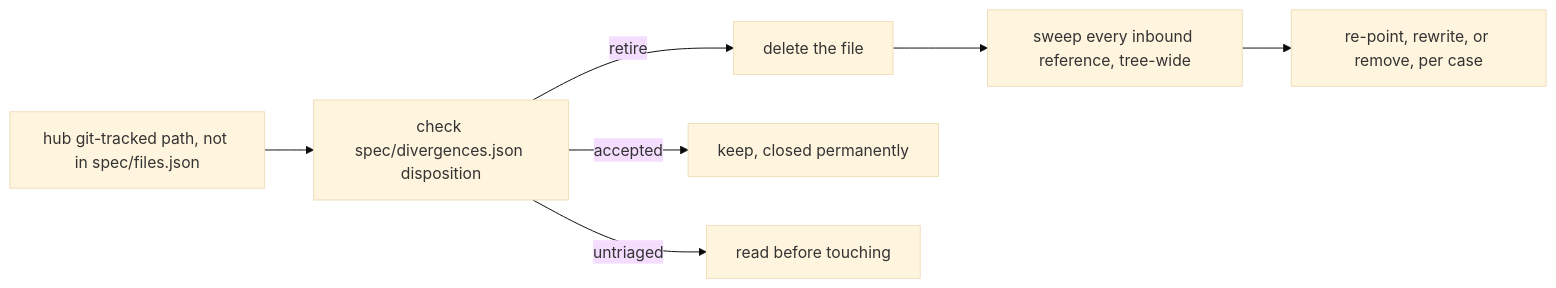
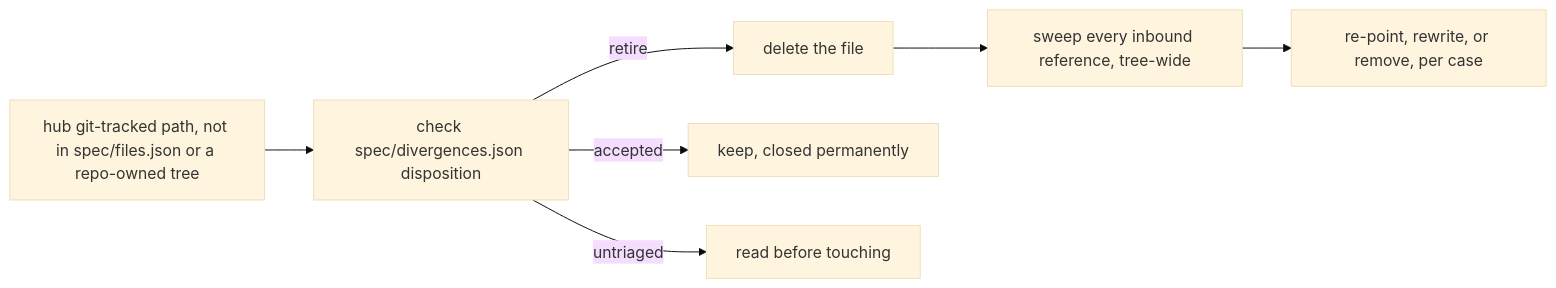
Before and after one commit to ptr727/ProjectTemplate: the second of 2 diagrams in RESYNC.md, drawn with Mermaid (base theme). The commit also changed other lines of this file, not shown here.

Commit message:
Name the Repo-Owned Exclusion in RESYNC.md's Deletion Section

````diff
--- a/RESYNC.md
+++ b/RESYNC.md
@@ -94,9 +94,9 @@
 ```mermaid
 flowchart LR
-  candidate["hub git-tracked path, not in spec/files.json"] --> disp["check spec/divergences.json disposition"]
+  candidate["hub git-tracked path, not in spec/files.json or a repo-owned tree"] --> disp["check spec/divergences.json disposition"]
   disp -->|"retire"| delete["delete the file"]
   disp -->|"accepted"| keep["keep, closed permanently"]
   disp -->|"untriaged"| read["read before touching"]
   delete --> sweep["sweep every inbound reference, tree-wide"]
   sweep --> fix["re-point, rewrite, or remove, per case"]
 ```
````
